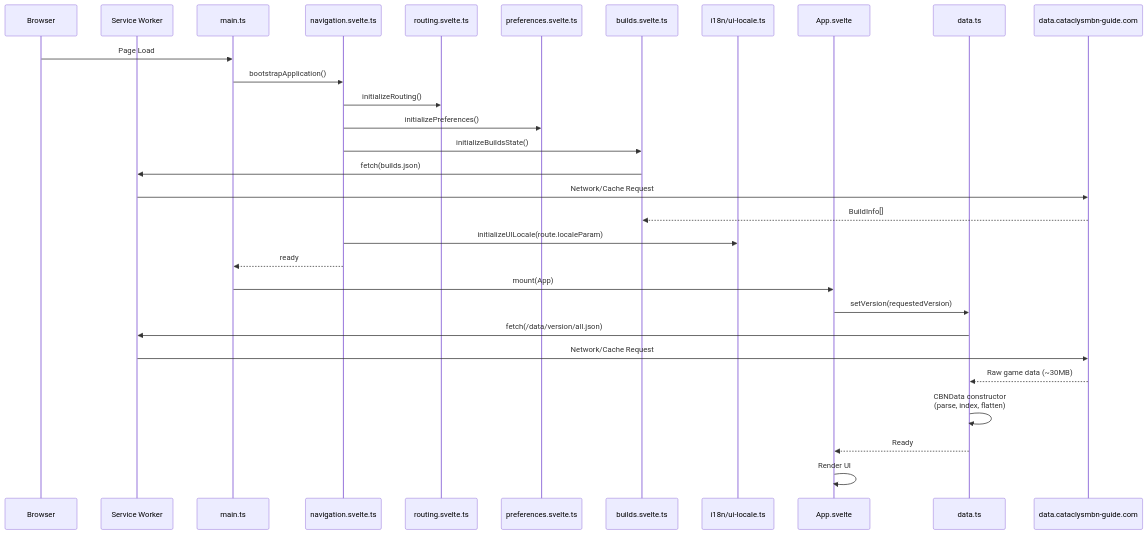
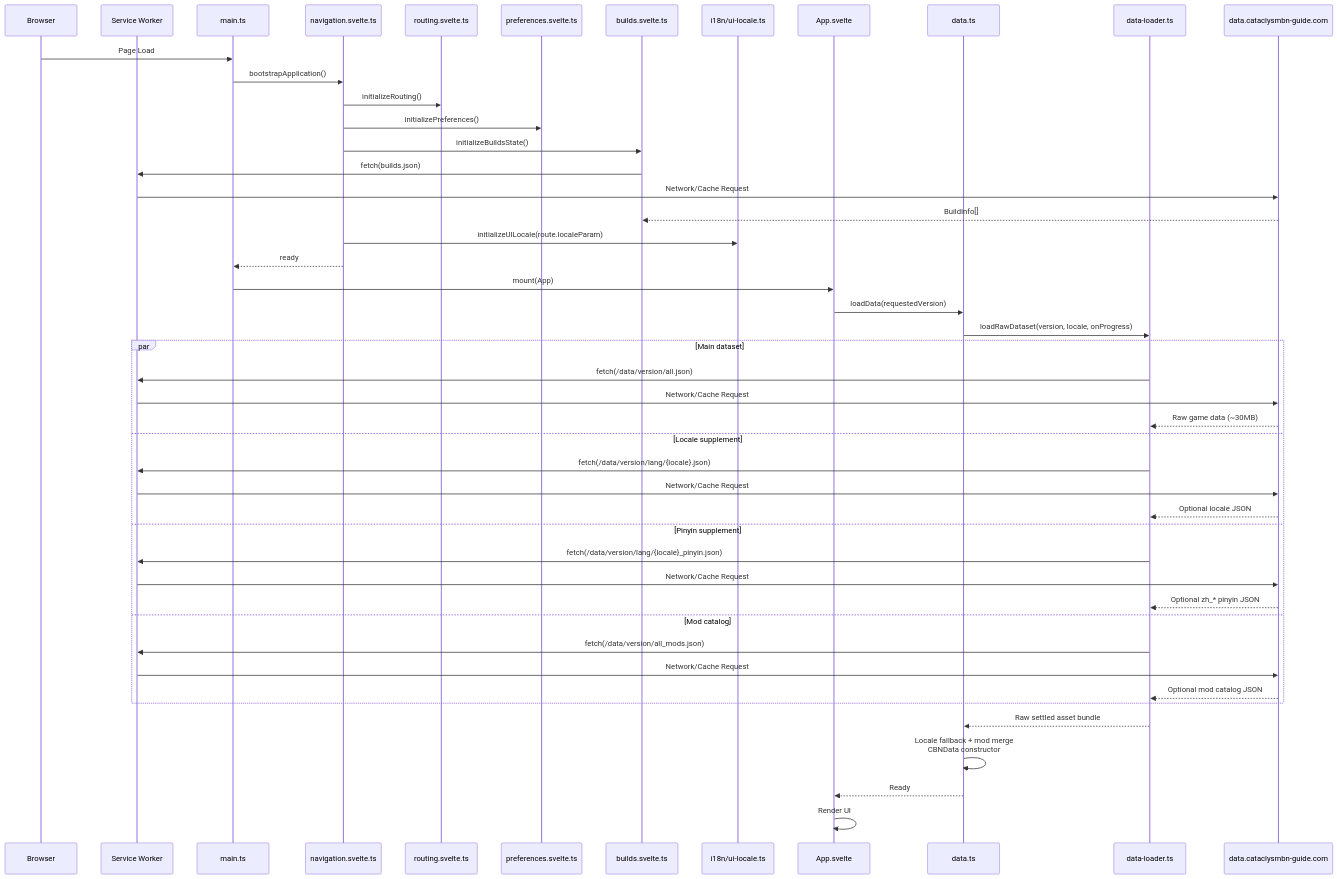
The fourth of 8 diagrams in docs/architecture.md (ushkinaz/cbn-guide), drawn with Mermaid before and after one commit. The commit also changed other lines of this file and 38 other files, not shown here.

Commit message:
refactor(data): replace setVersion with loadData, add data-loader.ts, and improve orchestration

````diff
--- a/docs/architecture.md
+++ b/docs/architecture.md
@@ -161,36 +168,53 @@
 ```mermaid
 sequenceDiagram
     participant Browser
     participant SW as Service Worker
     participant Main as main.ts
     participant Navigation as navigation.svelte.ts
     participant Route as routing.svelte.ts
     participant Prefs as preferences.svelte.ts
     participant Builds as builds.svelte.ts
     participant I18n as i18n/ui-locale.ts
     participant App as App.svelte
     participant Data as data.ts
+    participant Loader as data-loader.ts
     participant Ext as data.cataclysmbn-guide.com
 
     Browser->>Main: Page Load
     Main->>Navigation: bootstrapApplication()
     Navigation->>Route: initializeRouting()
     Navigation->>Prefs: initializePreferences()
     Navigation->>Builds: initializeBuildsState()
     Builds->>SW: fetch(builds.json)
     SW->>Ext: Network/Cache Request
     Ext-->>Builds: BuildInfo[]
     Navigation->>I18n: initializeUILocale(route.localeParam)
     Navigation-->>Main: ready
     Main->>App: mount(App)
 
-    App->>Data: setVersion(requestedVersion)
-    Data->>SW: fetch(/data/version/all.json)
-    SW->>Ext: Network/Cache Request
-    Ext-->>Data: Raw game data (~30MB)
+    App->>Data: loadData(requestedVersion)
+    Data->>Loader: loadRawDataset(version, locale, onProgress)
+    par Main dataset
+        Loader->>SW: fetch(/data/version/all.json)
+        SW->>Ext: Network/Cache Request
+        Ext-->>Loader: Raw game data (~30MB)
+    and Locale supplement
+        Loader->>SW: fetch(/data/version/lang/{locale}.json)
+        SW->>Ext: Network/Cache Request
+        Ext-->>Loader: Optional locale JSON
+    and Pinyin supplement
+        Loader->>SW: fetch(/data/version/lang/{locale}_pinyin.json)
+        SW->>Ext: Network/Cache Request
+        Ext-->>Loader: Optional zh_* pinyin JSON
+    and Mod catalog
+        Loader->>SW: fetch(/data/version/all_mods.json)
+        SW->>Ext: Network/Cache Request
+        Ext-->>Loader: Optional mod catalog JSON
+    end
 
-    Data->>Data: CBNData constructor<br/>(parse, index, flatten)
+    Loader-->>Data: Raw settled asset bundle
+    Data->>Data: Locale fallback + mod merge<br/>CBNData constructor
     Data-->>App: Ready
 
     App->>App: Render UI
 ```
````
